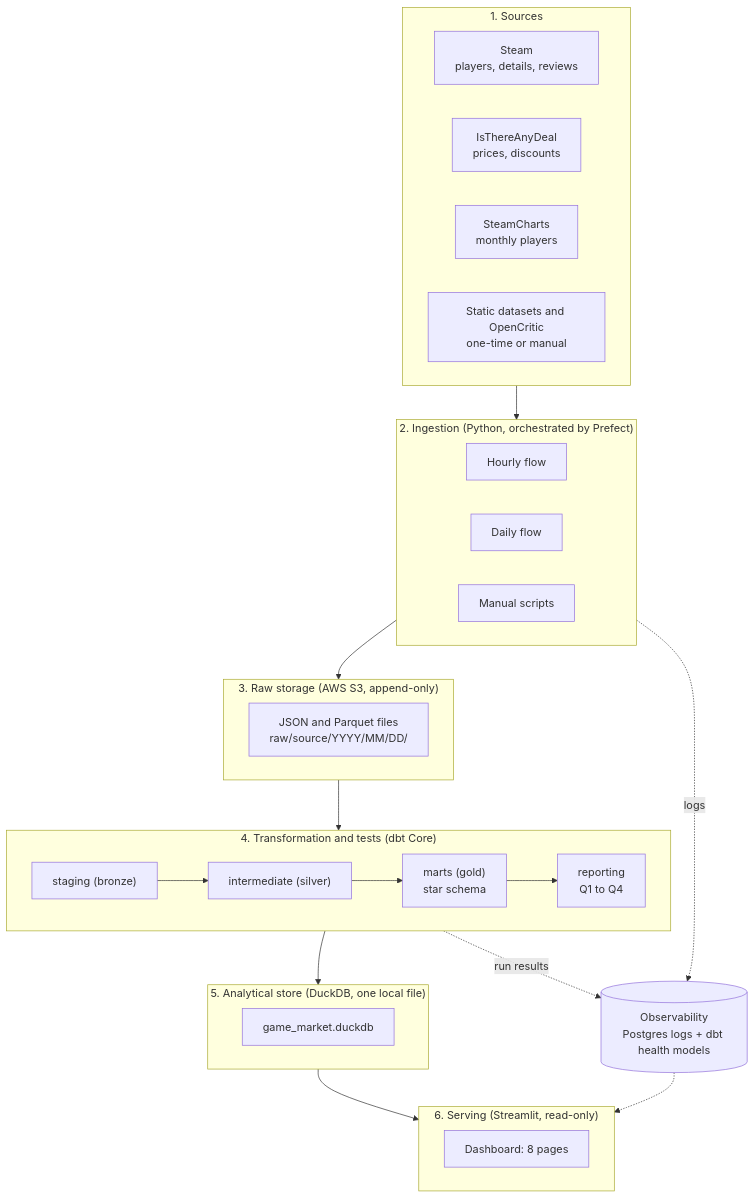
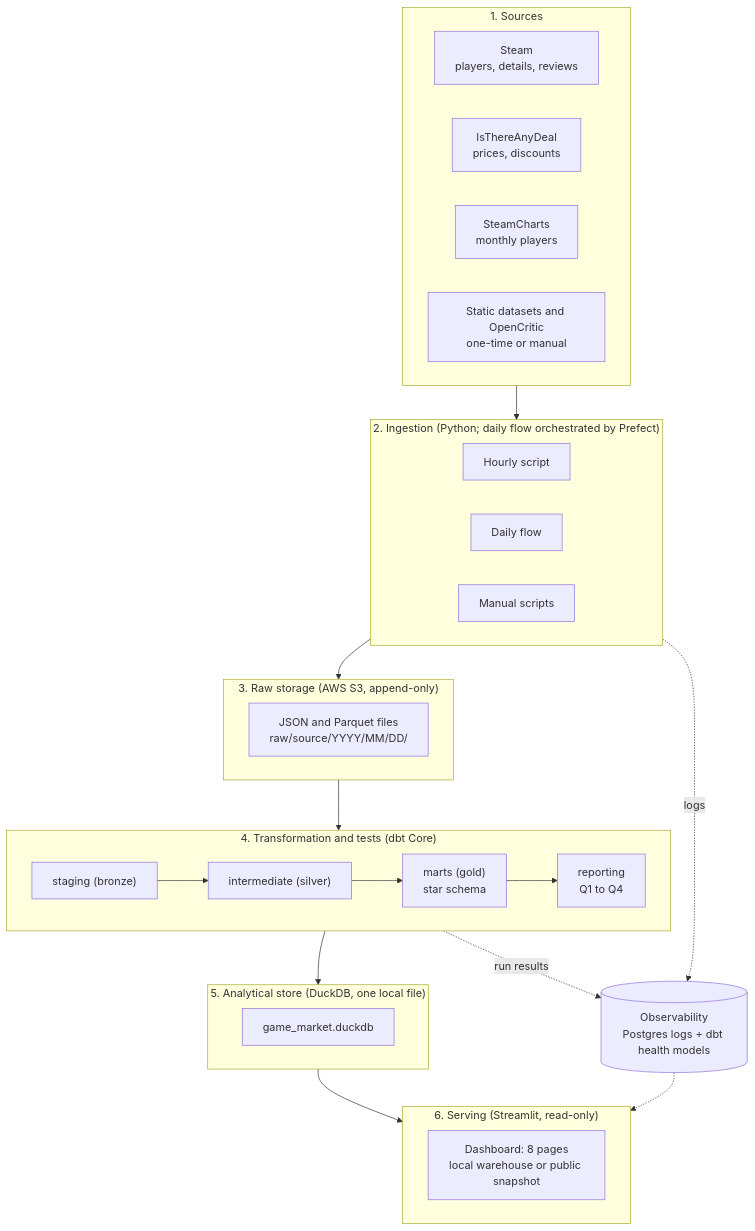
One commit to Aakash-1107/Game-Market-Intelligence changed the first of 8 diagrams in docs/TRD.md. Above: the diagram before and after it, drawn with Mermaid. The commit also changed other lines of this file and 14 other files, not shown here.

````diff
--- a/docs/TRD.md
+++ b/docs/TRD.md
@@ -37,33 +40,33 @@
 ```mermaid
 flowchart TB
     subgraph L1 ["1. Sources"]
         direction LR
         A1["Steam<br/>players, details, reviews"]
         A2["IsThereAnyDeal<br/>prices, discounts"]
         A3["SteamCharts<br/>monthly players"]
         A4["Static datasets and OpenCritic<br/>one-time or manual"]
     end
-    subgraph L2 ["2. Ingestion  (Python, orchestrated by Prefect)"]
-        B1["Hourly flow"]
+    subgraph L2 ["2. Ingestion  (Python; daily flow orchestrated by Prefect)"]
+        B1["Hourly script"]
         B2["Daily flow"]
         B3["Manual scripts"]
     end
     subgraph L3 ["3. Raw storage  (AWS S3, append-only)"]
         C1["JSON and Parquet files<br/>raw/source/YYYY/MM/DD/"]
     end
     subgraph L4 ["4. Transformation and tests  (dbt Core)"]
         D1["staging (bronze)"] --> D2["intermediate (silver)"] --> D3["marts (gold)<br/>star schema"] --> D4["reporting<br/>Q1 to Q4"]
     end
     subgraph L5 ["5. Analytical store  (DuckDB, one local file)"]
         E1["game_market.duckdb"]
     end
     subgraph L6 ["6. Serving  (Streamlit, read-only)"]
-        F1["Dashboard: 8 pages"]
+        F1["Dashboard: 8 pages<br/>local warehouse or public snapshot"]
     end
     OBS[("Observability<br/>Postgres logs + dbt health models")]
 
     L1 --> L2 --> L3 --> L4 --> L5 --> L6
     L2 -.logs.-> OBS
     L4 -.run results.-> OBS
     OBS -.-> L6
 ```
````
